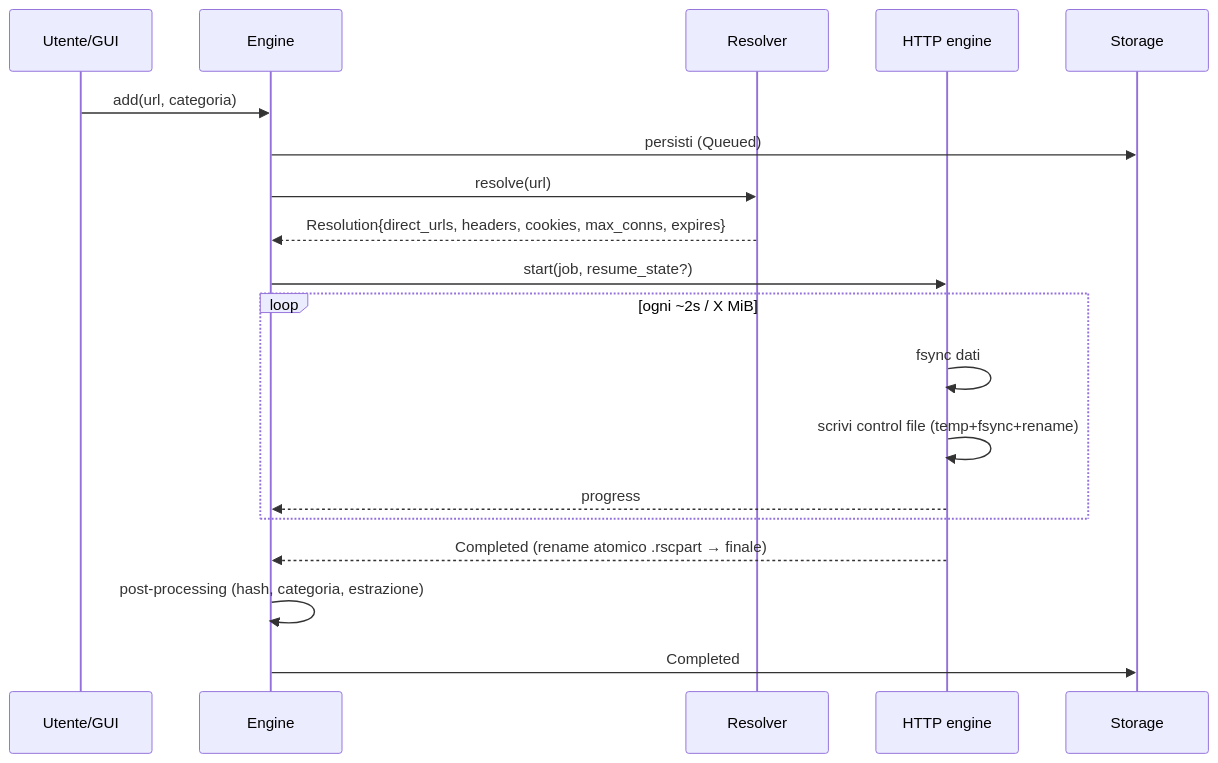
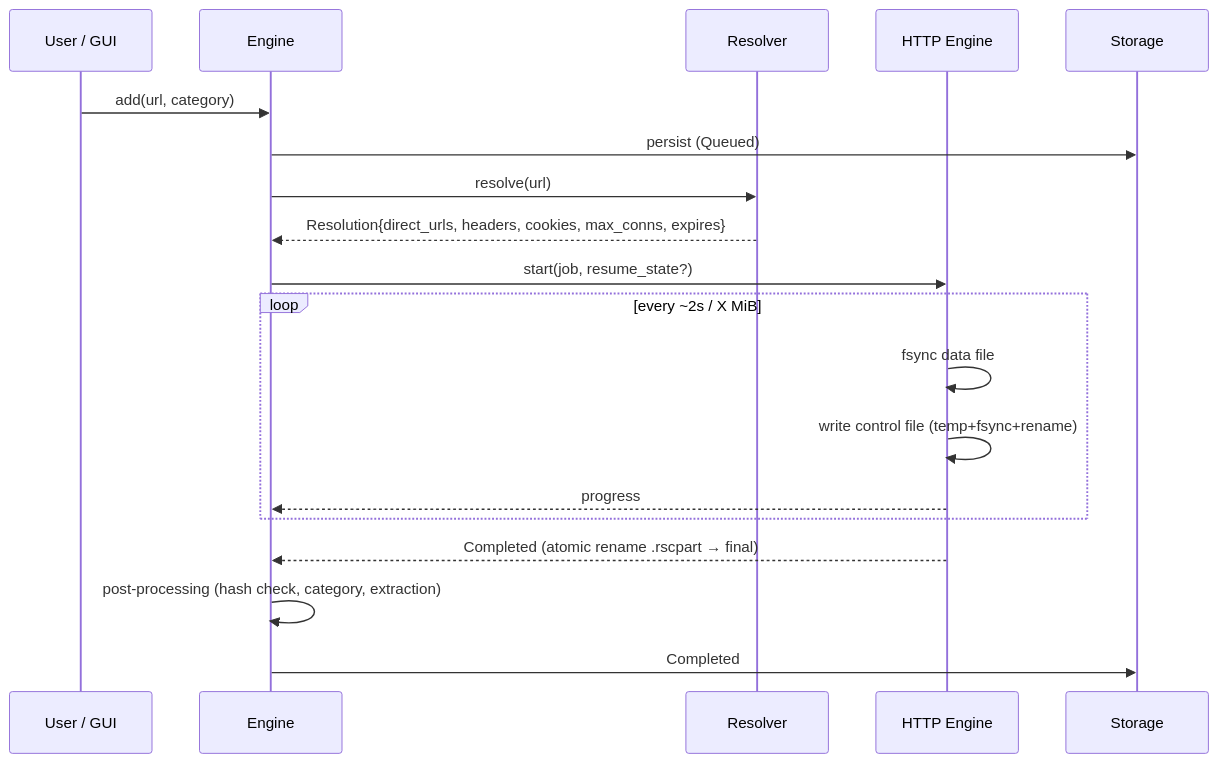
One commit to EmanueleFusco/ruscello changed the second of 2 diagrams in docs/ARCHITECTURE.md. Above: the diagram before and after it, drawn with Mermaid. The commit also changed other lines of this file and 18 other files, not shown here.

````diff
--- a/docs/ARCHITECTURE.md
+++ b/docs/ARCHITECTURE.md
@@ -31,21 +32,21 @@
 ```mermaid
 sequenceDiagram
-  participant U as Utente/GUI
+  participant U as User / GUI
   participant E as Engine
   participant R as Resolver
-  participant H as HTTP engine
+  participant H as HTTP Engine
   participant S as Storage
-  U->>E: add(url, categoria)
-  E->>S: persisti (Queued)
+  U->>E: add(url, category)
+  E->>S: persist (Queued)
   E->>R: resolve(url)
   R-->>E: Resolution{direct_urls, headers, cookies, max_conns, expires}
   E->>H: start(job, resume_state?)
-  loop ogni ~2s / X MiB
-    H->>H: fsync dati
-    H->>H: scrivi control file (temp+fsync+rename)
+  loop every ~2s / X MiB
+    H->>H: fsync data file
+    H->>H: write control file (temp+fsync+rename)
     H-->>E: progress
   end
-  H-->>E: Completed (rename atomico .rscpart → finale)
-  E->>E: post-processing (hash, categoria, estrazione)
+  H-->>E: Completed (atomic rename .rscpart → final)
+  E->>E: post-processing (hash check, category, extraction)
   E->>S: Completed
 ```
````
